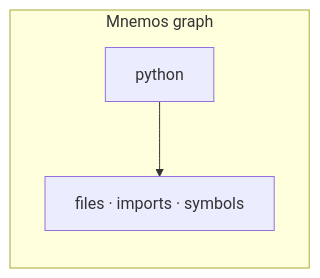
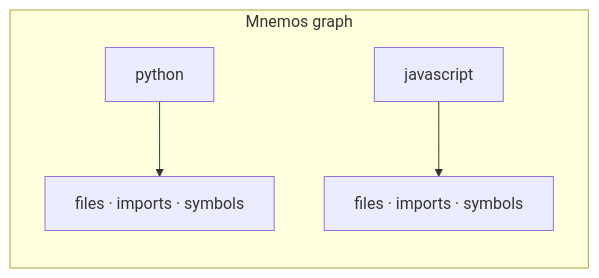
One commit to wolframs/jspace-probes changed the second of 5 diagrams in .mentis/context/languages.md. Above: the diagram before and after it, drawn with Mermaid. The commit also changed other lines of this file and 366 other files, not shown here.

````diff
--- a/.mentis/context/languages.md
+++ b/.mentis/context/languages.md
@@ -28,7 +30,9 @@
 ```mermaid
 flowchart LR
   L0["python"]
+  L1["javascript"]
   subgraph graph [Mnemos graph]
     L0 --> N0[files · imports · symbols]
+    L1 --> N1[files · imports · symbols]
   end
 ```
````
